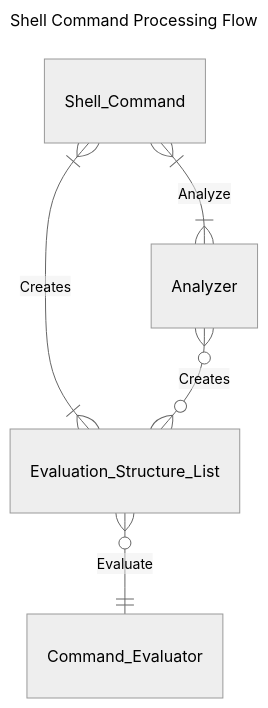
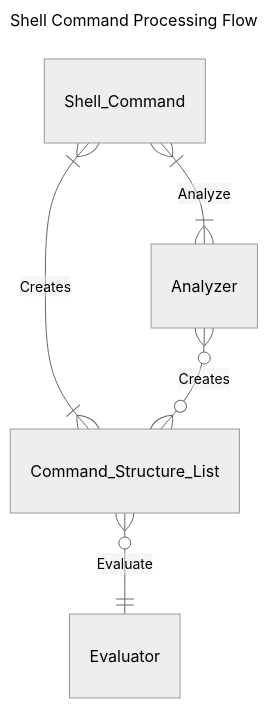
The third of 3 diagrams in docs/README.md (3lsy/minishell), drawn with Mermaid (neutral theme) before and after one commit.

````diff
--- a/docs/README.md
+++ b/docs/README.md
@@ -92,10 +92,10 @@
 ```mermaid
 ---
 title: Shell Command Processing Flow
 ---
 erDiagram
     Shell_Command }|--|{ Analyzer : "Analyze"
-    Shell_Command }|--|{ Evaluation_Structure_List : "Creates"
-    Analyzer }o--o{ Evaluation_Structure_List : "Creates"
-    Evaluation_Structure_List }o--|| Command_Evaluator : "Evaluate"
+    Shell_Command }|--|{ Command_Structure_List : "Creates"
+    Analyzer }o--o{ Command_Structure_List : "Creates"
+    Command_Structure_List }o--|| Evaluator : "Evaluate"
 ```
````
